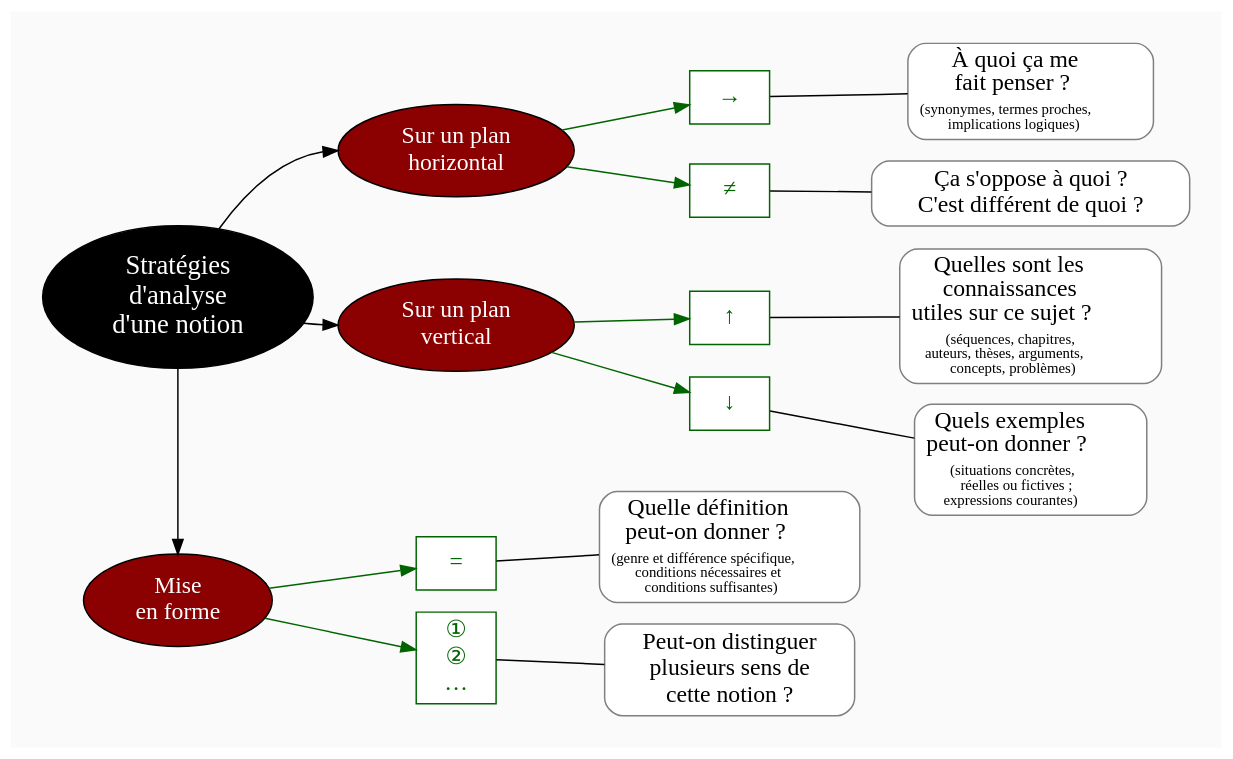
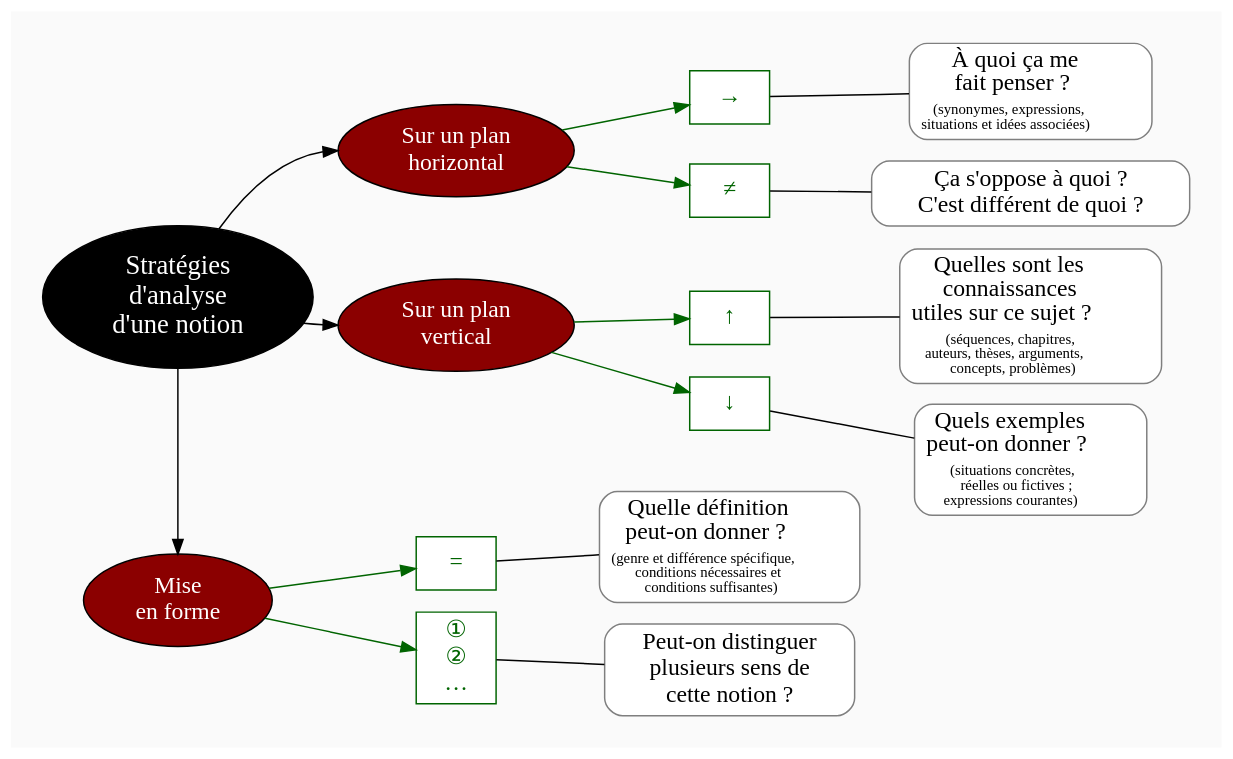
Before and after one commit to eyssette/graphviz-examples: the diagram in diagram/strategies-analyse-notion-3.dot, drawn with Graphviz. The commit also changed 1 other file, not shown here.

```diff
--- a/diagram/strategies-analyse-notion-3.dot
+++ b/diagram/strategies-analyse-notion-3.dot
@@ -1,130 +1,130 @@
 digraph G {
 // Template : diagram
 // Usage : méthode d'analyse d'un sujet
 rankdir=LR
 splines=true
 //splines=curved
 bgcolor=grey98
 pad=0.3
 style=filled
 edge[minlen=4]
 ranksep=0.1
 nodesep=0.2 // valeur à changer ?
 
 // NIVEAU 1
 node[style=filled; fillcolor=12 ; fontcolor=white ; fontsize=18]
 // a1[label=""]
 a1[label="Stratégies
 d'analyse
 d'une notion"]
 
 
 
 // NIVEAU 2
 node[style=filled;fillcolor=red4;fontcolor=white; fontsize=16]
 // b1[label=""]
 a1->{
 b1[label="Sur un plan
 horizontal"]    
 b2[label="Sur un plan
 vertical"]
 }[headport=w;minlen=2]
 
 a1->b3[headport=n;minlen=9]
 {rank=same;a1,b3}
 
 b3[label="Mise
 en forme"]    
 
 {rank=same;b1->b2[minlen=4;style=invis]}
 //{rank=same;b2->b3[minlen=6;style=invis]}
 
 // NIVEAU 3 (sans intermédiaire)
 node [shape=box; style=filled;fillcolor=white;fontcolor=darkgreen;color=darkgreen]
 // c1[label=""]
 b1->{c1,c2}[color=darkgreen,minlen=2]
 c1[label="→"]
 c2[label="≠"]
 b2->{c3,c4}[color=darkgreen,minlen=2]
 c3[label="↑"]
 c4[label="↓"]
 
 b3->{c5,c6}[color=darkgreen;minlen=2]
 c5[label="="]
 c6[label="①
 ②
 …"]
 
 // INTERMEDIAIRE AVANT NIVEAU 3
 node[style=filled;fillcolor=grey78;shape=oval]
 // [arrowhead=none]
 // bc1[label=""]
 
 // NIVEAU 3 (avec intermédiaire)
 node[style="filled";fillcolor=white;shape=box;color=grey50]
 // c1[label=""]
 
 // NIVEAU 4
 node[style="filled, rounded";fillcolor=white;shape=box;fontcolor=black;color=grey50]
 // d1[label=""]
 c1->d1[arrowhead=none;minlen=1]
 d1[label=<À quoi ça me<br/>
 fait penser ?<br/>
 <font point-size="5"><br/></font>
-<font point-size="10">(synonymes, termes proches,<br/>
-implications logiques)</font>>]
+<font point-size="10">(synonymes, expressions,<br/>
+situations et idées associées)</font>>]
 
 c2->d2[arrowhead=none;minlen=1]
 d2[label="Ça s'oppose à quoi ?
 C'est différent de quoi ?"]
 
 c3->d3[arrowhead=none;minlen=1]
 d3[label=<Quelles sont les<br/>
 connaissances<br/>
 utiles sur ce sujet ?<br/>
 <font point-size="5"><br/></font>
 <font point-size="10">(séquences, chapitres,<br/>
 auteurs, thèses, arguments,<br/>
 concepts, problèmes)</font>>]
 
 c4->d4[arrowhead=none;minlen=1]
 d4[label=<Quels exemples<br/>
 peut-on donner ?<br/>
 <font point-size="5"><br/></font>
 <font point-size="10">(situations concrètes,<br/>
 réelles ou fictives ;<br/>
 expressions courantes)</font>>]
 
 c5->d5[arrowhead=none;minlen=2]
 d5[label=<Quelle définition<br/>
 peut-on donner ?<br/>
 <font point-size="5"><br/></font>
 <font point-size="10">(genre et différence spécifique,<br/>
 conditions nécessaires et<br/>
 conditions suffisantes)</font>>]
 
 c6->d6[arrowhead=none;minlen=2]
 d6[label="Peut-on distinguer
 plusieurs sens de
 cette notion ?"]
 
 {rank=same;b2->c5[minlen=8;style=invis]}
 {rank=same;c4->d5[minlen=3;style=invis]}
 
 
 // ETIQUETTES EN ROUGE
 node[shape=plaintext;fontcolor=firebrick3;fillcolor=grey98]
 // e1[label=< <B>= Titre</B><BR /><BR />Contenu<BR /> >]
 // e1[label=""]
 // ->e1[minlen=1;style=invis]
 
 
 // Remarques
 node[color=blue;shape=box;style=filled;margin=0.07;fontcolor=black;fontsize=13]
 edge[color=blue;arrowhead="none";xlabel="";style=dashed]
 // r1[label=""]
 // {rank=same;->r1}
 // {rank=same;r1->[dir=back]}
 
 
 }
```
